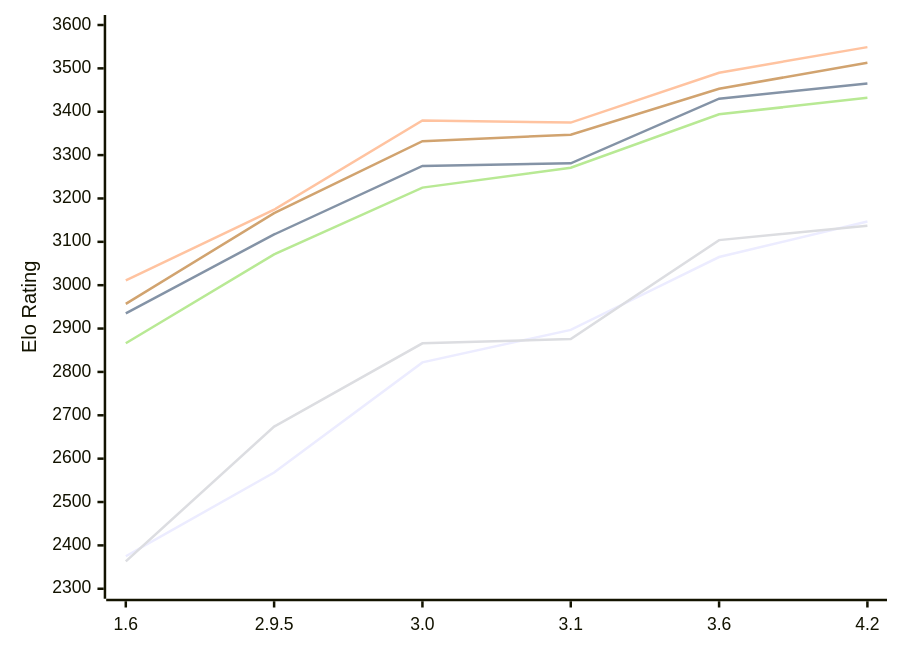
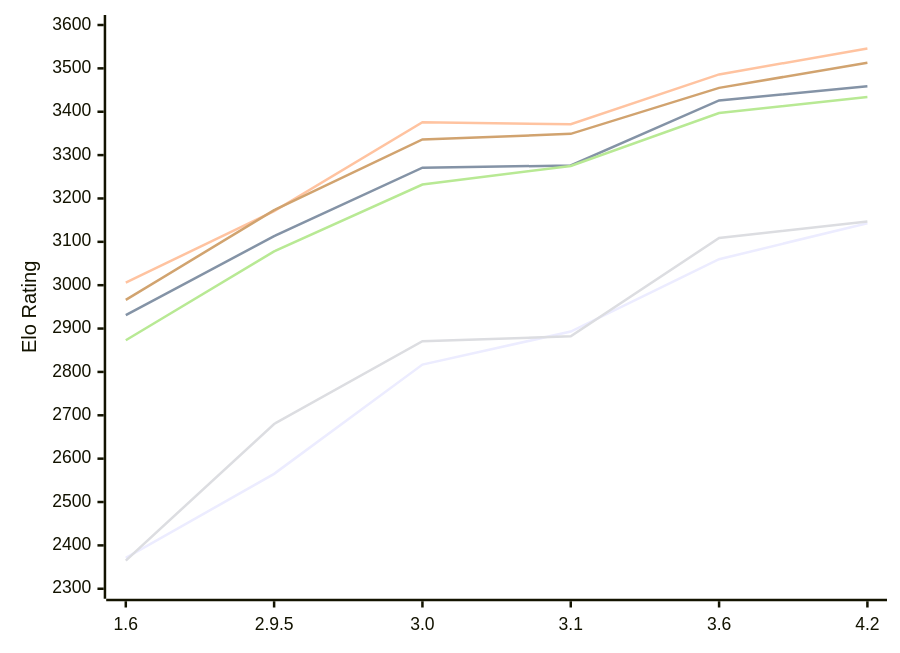
Before and after one commit to computer-chess-index/cci: the diagram in engines/Chessenger.md, drawn with Mermaid. The commit also changed other lines of this file, not shown here.

Commit message:
Update CCI Ratings (ELO VLTC) - 2026-11-21

````diff
--- a/engines/Chessenger.md
+++ b/engines/Chessenger.md
@@ -57,12 +57,12 @@
 ```mermaid
 %%{init: {"theme":"base","themeVariables":{"seriesColors:['#a3a3a3','#222221','#faa371']}}}%%
 xychart-beta
   x-axis ["1.6", "2.9.5", "3.0", "3.1", "3.6", "4.2"]
   y-axis "Elo Rating" 2300 --> 3600
-  line "E1: STC (8.0+0.08s)" [2375, 2568, 2822, 2897, 3065, 3147]
-  line "E1: LTC (60.0+0.60s)" [2935, 3117, 3275, 3281, 3430, 3465]
-  line "E1: VLTC (2m24s+1.12s)" [3011, 3174, 3380, 3375, 3490, 3549]
-  line "P1: STC (8.0+0.08s)" [2363, 2674, 2866, 2876, 3104, 3137]
-  line "P1: LTC (60.0+0.60s)" [2866, 3071, 3225, 3271, 3394, 3432]
-  line "P1: VLTC (2m24s+1.12s)" [2957, 3166, 3332, 3347, 3453, 3513]
+  line "E1: STC (8.0+0.08s)" [2371, 2565, 2817, 2893, 3060, 3143]
+  line "E1: LTC (60.0+0.60s)" [2931, 3113, 3271, 3276, 3426, 3459]
+  line "E1: VLTC (2m24s+1.12s)" [3006, 3171, 3376, 3371, 3486, 3546]
+  line "P1: STC (8.0+0.08s)" [2365, 2680, 2871, 2882, 3109, 3147]
+  line "P1: LTC (60.0+0.60s)" [2873, 3078, 3232, 3275, 3397, 3434]
+  line "P1: VLTC (2m24s+1.12s)" [2966, 3173, 3336, 3349, 3455, 3513]
 ```
````
